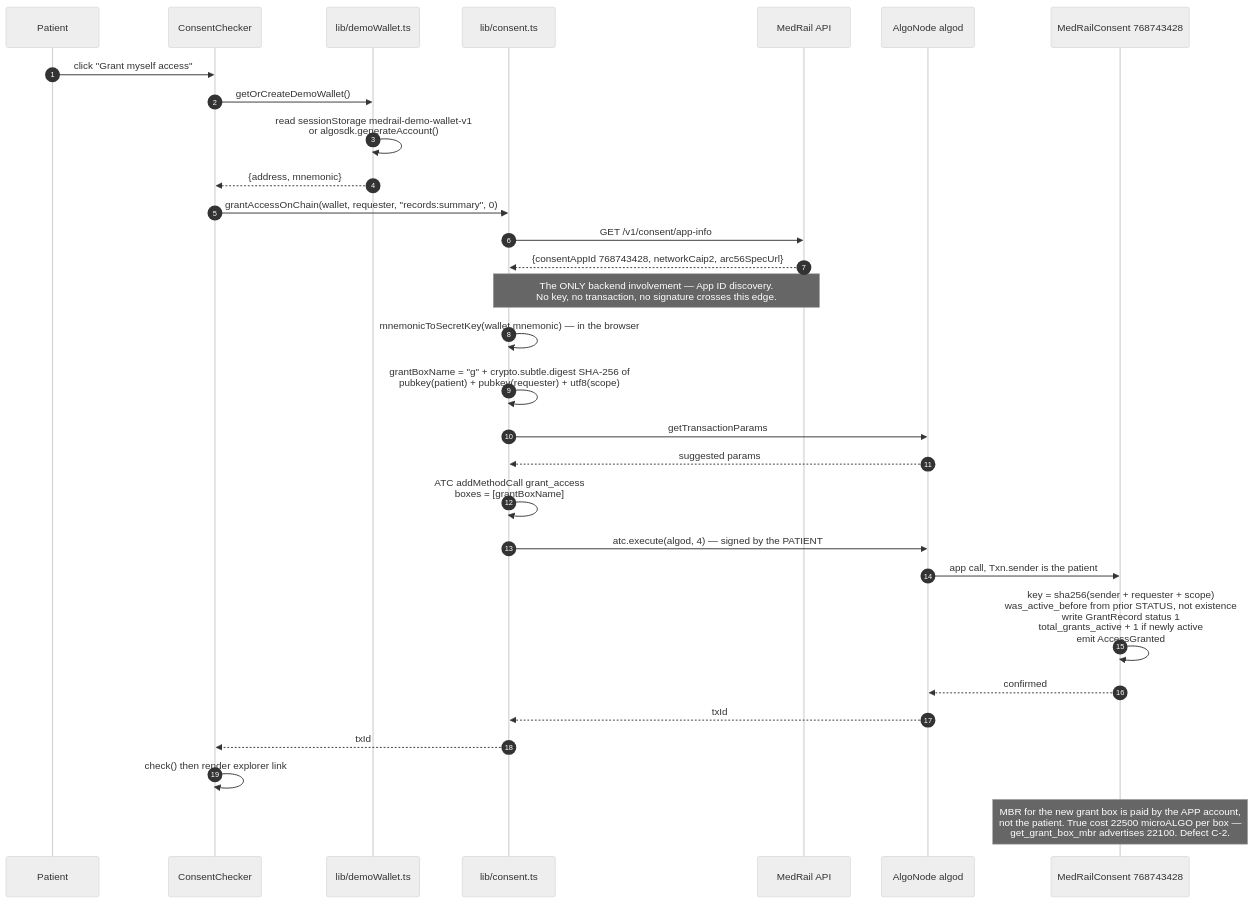
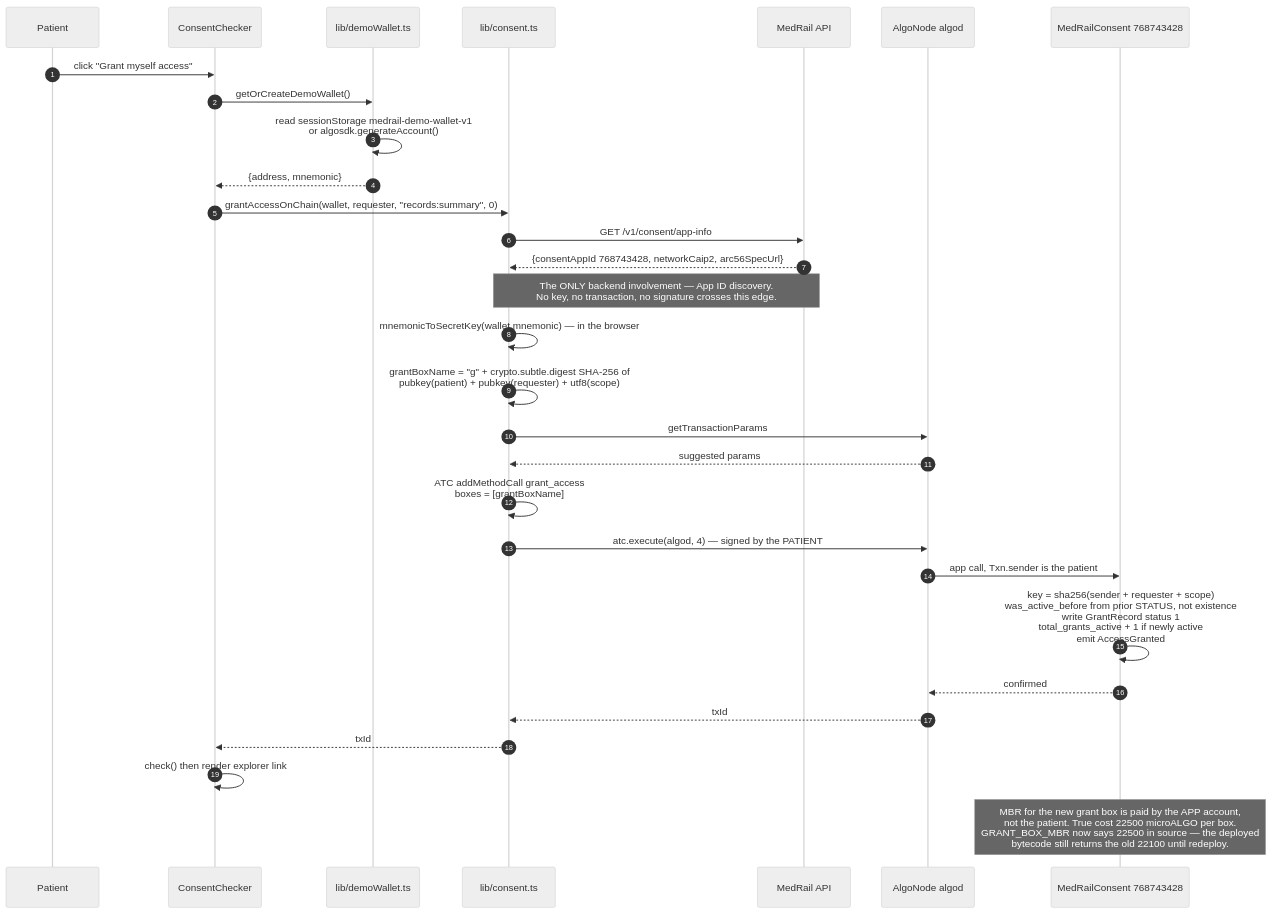
Before and after one commit to Hydra-Of-Malice/Medrail: the third of 9 diagrams in docs/03_Architecture/Sequence_Diagrams.md, drawn with Mermaid (neutral theme). The commit also changed other lines of this file and 77 other files, not shown here.

````diff
--- a/docs/03_Architecture/Sequence_Diagrams.md
+++ b/docs/03_Architecture/Sequence_Diagrams.md
@@ -123,36 +124,36 @@
 ```mermaid
 sequenceDiagram
     autonumber
     participant Patient
     participant UI as ConsentChecker
     participant Wallet as lib/demoWallet.ts
     participant Con as lib/consent.ts
     participant API as MedRail API
     participant Algod as AlgoNode algod
     participant App as MedRailConsent 768743428
 
     Patient->>UI: click "Grant myself access"
     UI->>Wallet: getOrCreateDemoWallet()
     Wallet->>Wallet: read sessionStorage medrail-demo-wallet-v1<br/>or algosdk.generateAccount()
     Wallet-->>UI: {address, mnemonic}
 
     UI->>Con: grantAccessOnChain(wallet, requester, "records:summary", 0)
     Con->>API: GET /v1/consent/app-info
     API-->>Con: {consentAppId 768743428, networkCaip2, arc56SpecUrl}
     Note over Con,API: The ONLY backend involvement — App ID discovery.<br/>No key, no transaction, no signature crosses this edge.
 
     Con->>Con: mnemonicToSecretKey(wallet.mnemonic) — in the browser
     Con->>Con: grantBoxName = "g" + crypto.subtle.digest SHA-256 of<br/>pubkey(patient) + pubkey(requester) + utf8(scope)
     Con->>Algod: getTransactionParams
     Algod-->>Con: suggested params
     Con->>Con: ATC addMethodCall grant_access<br/>boxes = [grantBoxName]
     Con->>Algod: atc.execute(algod, 4) — signed by the PATIENT
     Algod->>App: app call, Txn.sender is the patient
     App->>App: key = sha256(sender + requester + scope)<br/>was_active_before from prior STATUS, not existence<br/>write GrantRecord status 1<br/>total_grants_active + 1 if newly active<br/>emit AccessGranted
     App-->>Algod: confirmed
     Algod-->>Con: txId
     Con-->>UI: txId
     UI->>UI: check() then render explorer link
 
-    Note over App: MBR for the new grant box is paid by the APP account,<br/>not the patient. True cost 22500 microALGO per box —<br/>get_grant_box_mbr advertises 22100. Defect C-2.
+    Note over App: MBR for the new grant box is paid by the APP account,<br/>not the patient. True cost 22500 microALGO per box.<br/>GRANT_BOX_MBR now says 22500 in source — the deployed<br/>bytecode still returns the old 22100 until redeploy.
 ```
````
